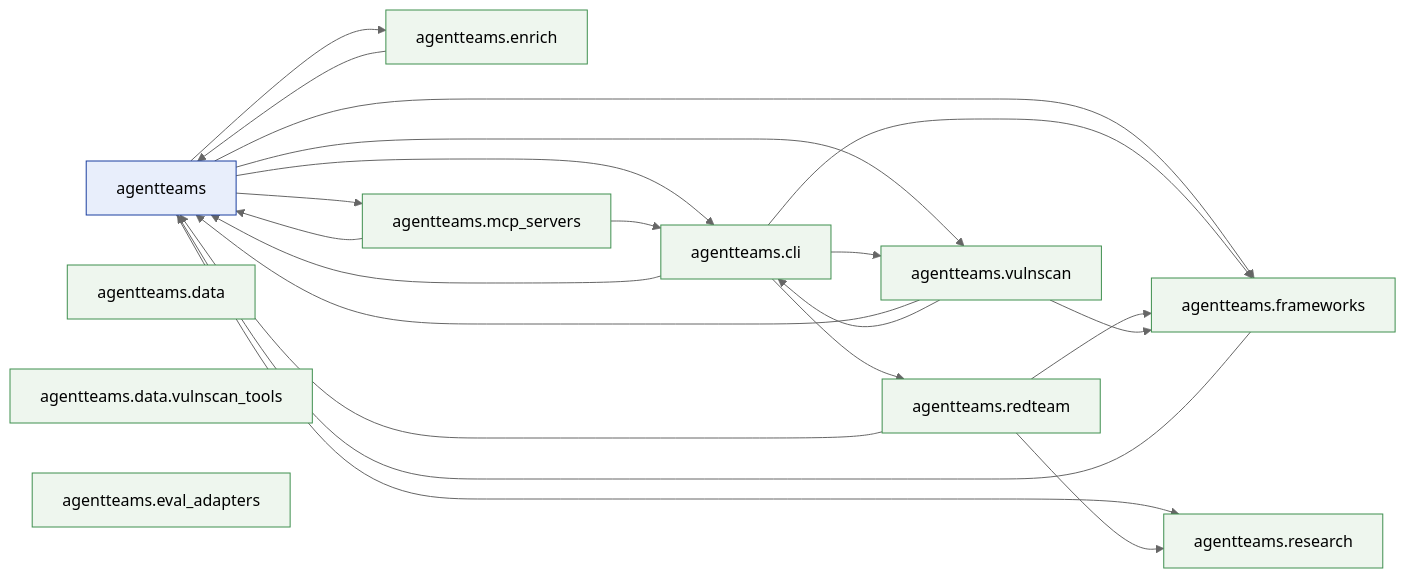
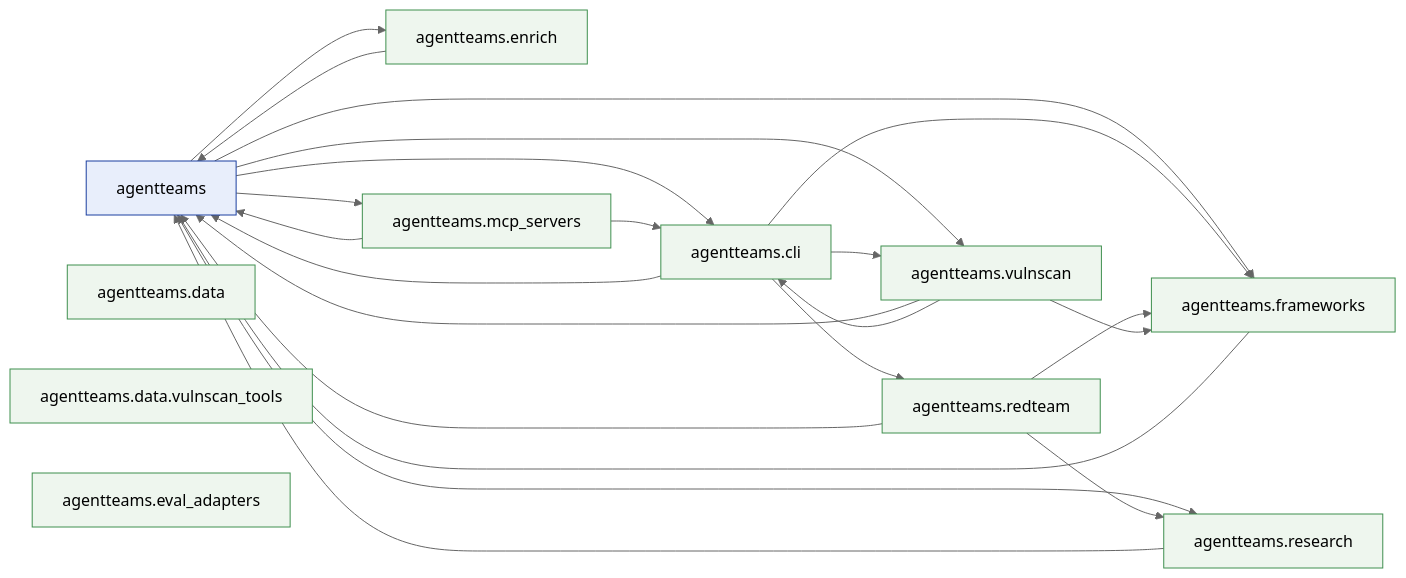
The first of 2 diagrams in references/architecture-graph.md (jlcatonjr/agentteams), drawn with Mermaid (neutral theme) before and after one commit. The commit also changed other lines of this file and 3 other files, not shown here.

````diff
--- a/references/architecture-graph.md
+++ b/references/architecture-graph.md
@@ -406,47 +408,48 @@
 ```mermaid
 flowchart LR
     classDef root fill:#e8eefb,stroke:#1b3fa0,color:#000
     classDef sub  fill:#eef6ee,stroke:#3f8f4f,color:#000
     agentteams["agentteams"]
     class agentteams root
     agentteams_cli["agentteams.cli"]
     class agentteams_cli sub
     agentteams_data["agentteams.data"]
     class agentteams_data sub
     agentteams_data_vulnscan_tools["agentteams.data.vulnscan_tools"]
     class agentteams_data_vulnscan_tools sub
     agentteams_enrich["agentteams.enrich"]
     class agentteams_enrich sub
     agentteams_eval_adapters["agentteams.eval_adapters"]
     class agentteams_eval_adapters sub
     agentteams_frameworks["agentteams.frameworks"]
     class agentteams_frameworks sub
     agentteams_mcp_servers["agentteams.mcp_servers"]
     class agentteams_mcp_servers sub
     agentteams_redteam["agentteams.redteam"]
     class agentteams_redteam sub
     agentteams_research["agentteams.research"]
     class agentteams_research sub
     agentteams_vulnscan["agentteams.vulnscan"]
     class agentteams_vulnscan sub
     agentteams --> agentteams_cli
     agentteams --> agentteams_enrich
     agentteams --> agentteams_frameworks
     agentteams --> agentteams_mcp_servers
     agentteams --> agentteams_research
     agentteams --> agentteams_vulnscan
     agentteams_cli --> agentteams
     agentteams_cli --> agentteams_frameworks
     agentteams_cli --> agentteams_redteam
     agentteams_cli --> agentteams_vulnscan
     agentteams_enrich --> agentteams
     agentteams_frameworks --> agentteams
     agentteams_mcp_servers --> agentteams
     agentteams_mcp_servers --> agentteams_cli
     agentteams_redteam --> agentteams
     agentteams_redteam --> agentteams_frameworks
     agentteams_redteam --> agentteams_research
+    agentteams_research --> agentteams
     agentteams_vulnscan --> agentteams
     agentteams_vulnscan --> agentteams_cli
     agentteams_vulnscan --> agentteams_frameworks
 ```
````
